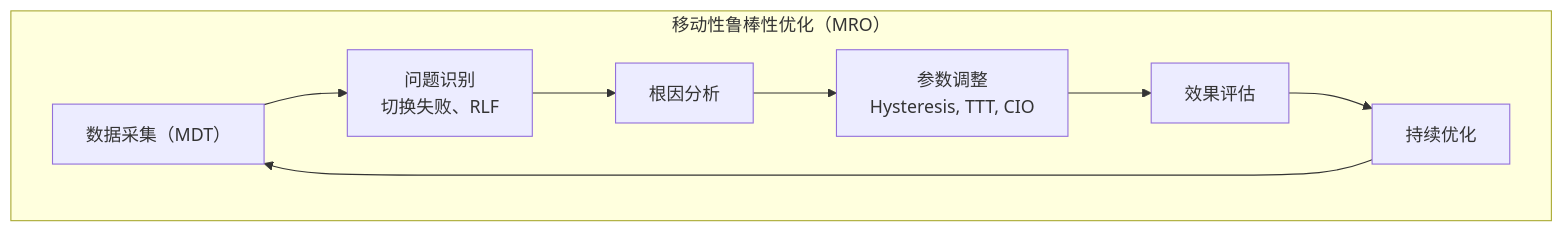
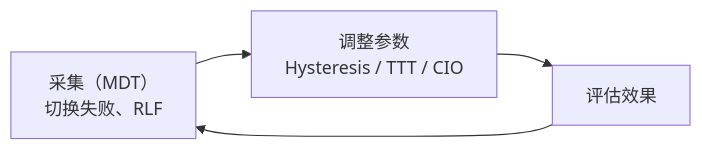
One commit to Dtheme/CS-base changed diagram 11 of 12 in 计算机网络/7.7无线网络：蜂窝移动性.md. Above: the diagram before and after it, drawn with Mermaid. The commit also changed other lines of this file and 51 other files, not shown here.

````diff
--- a/计算机网络/7.7无线网络：蜂窝移动性.md
+++ b/计算机网络/7.7无线网络：蜂窝移动性.md
@@ -759,18 +676,6 @@
 ```mermaid
-graph TB
-    subgraph "移动性鲁棒性优化（MRO）"
-        MDT["数据采集（MDT）"]
-        Identify["问题识别<br/>切换失败、RLF"]
-        Analysis["根因分析"]
-        Adjust["参数调整<br/>Hysteresis, TTT, CIO"]
-        Evaluate["效果评估"]
-        Optimize["持续优化"]
-        
-        MDT --> Identify
-        Identify --> Analysis
-        Analysis --> Adjust
-        Adjust --> Evaluate
-        Evaluate --> Optimize
-        Optimize --> MDT
-    end
+graph LR
+    MDT["采集（MDT）<br/>切换失败、RLF"] --> Adjust["调整参数<br/>Hysteresis / TTT / CIO"]
+    Adjust --> Eval["评估效果"]
+    Eval --> MDT
 ```
````
